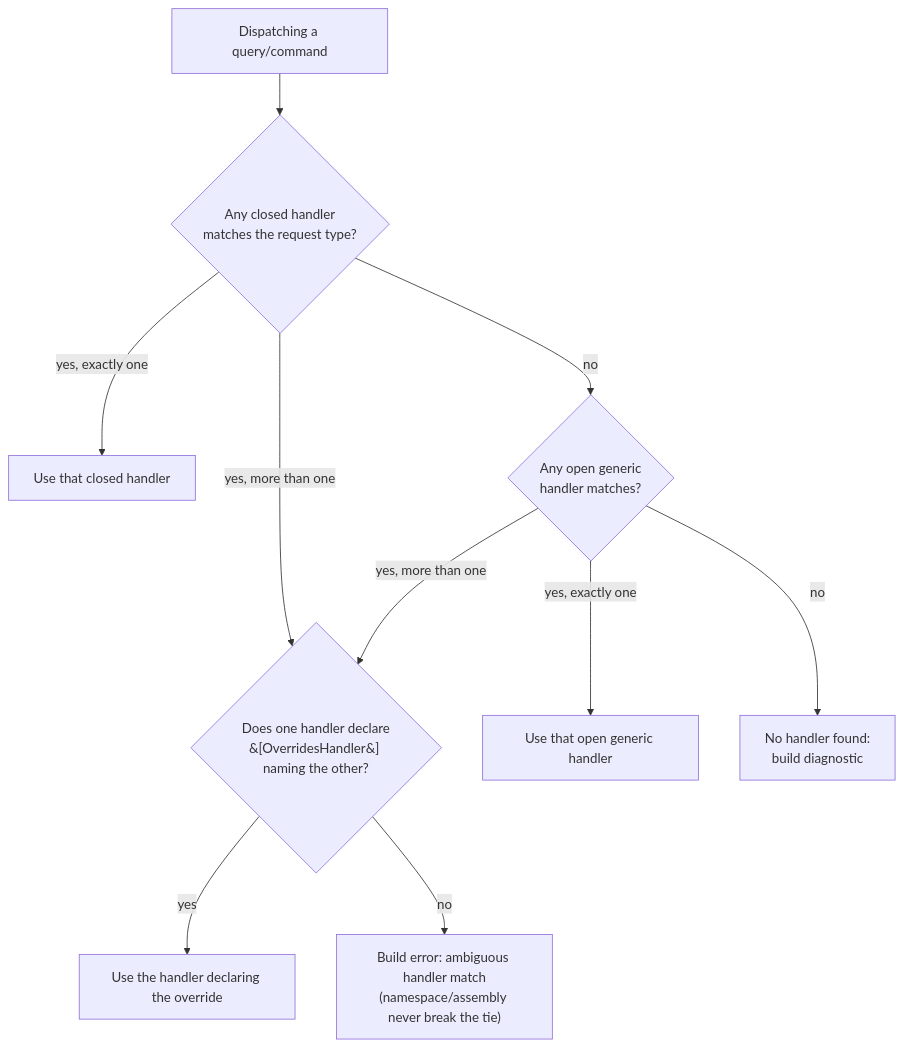
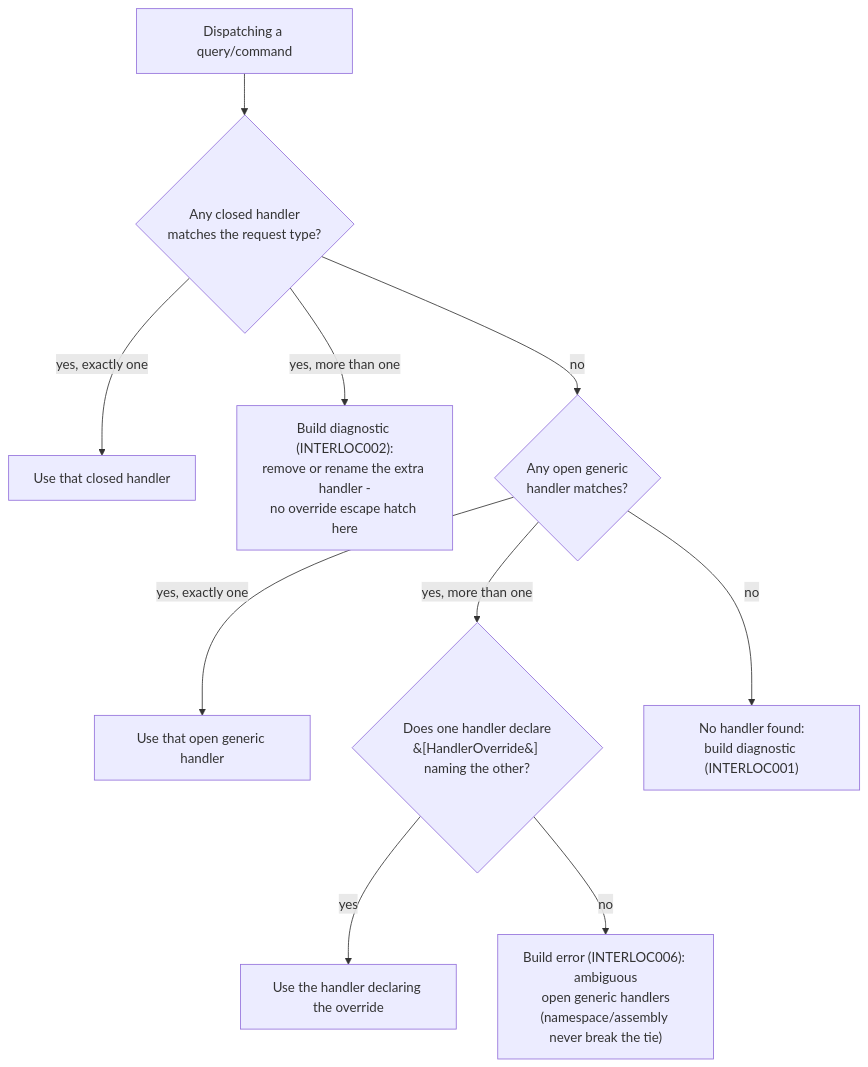
Before and after one commit to rheone/interlocutor: the first of 3 diagrams in documentation/handler-selection-and-dispatch.md, drawn with Mermaid. The commit also changed other lines of this file and 9 other files, not shown here.

First line of the commit message:
docs: fix handler-override docs and remove redundant DI file

````diff
--- a/documentation/handler-selection-and-dispatch.md
+++ b/documentation/handler-selection-and-dispatch.md
@@ -38,14 +38,14 @@
 ```mermaid
 flowchart TD
     Start["Dispatching a query/command"] --> Closed{"Any closed handler<br/>matches the request type?"}
     Closed -->|"yes, exactly one"| UseClosed["Use that closed handler"]
-    Closed -->|"yes, more than one"| Ambiguous{"Does one handler declare<br/>&#91;OverridesHandler&#93; naming the other?"}
+    Closed -->|"yes, more than one"| DuplicateClosed["Build diagnostic (INTERLOC002):<br/>remove or rename the extra handler -<br/>no override escape hatch here"]
     Closed -->|"no"| Open{"Any open generic<br/>handler matches?"}
 
     Open -->|"yes, exactly one"| UseOpen["Use that open generic handler"]
-    Open -->|"yes, more than one"| Ambiguous
-    Open -->|"no"| NoHandler["No handler found:<br/>build diagnostic"]
+    Open -->|"yes, more than one"| Ambiguous{"Does one handler declare<br/>&#91;HandlerOverride&#93; naming the other?"}
+    Open -->|"no"| NoHandler["No handler found:<br/>build diagnostic (INTERLOC001)"]
 
     Ambiguous -->|"yes"| UseOverride["Use the handler declaring the override"]
-    Ambiguous -->|"no"| BuildError["Build error: ambiguous handler match<br/>(namespace/assembly never break the tie)"]
+    Ambiguous -->|"no"| BuildError["Build error (INTERLOC006): ambiguous<br/>open generic handlers<br/>(namespace/assembly never break the tie)"]
 ```
````
